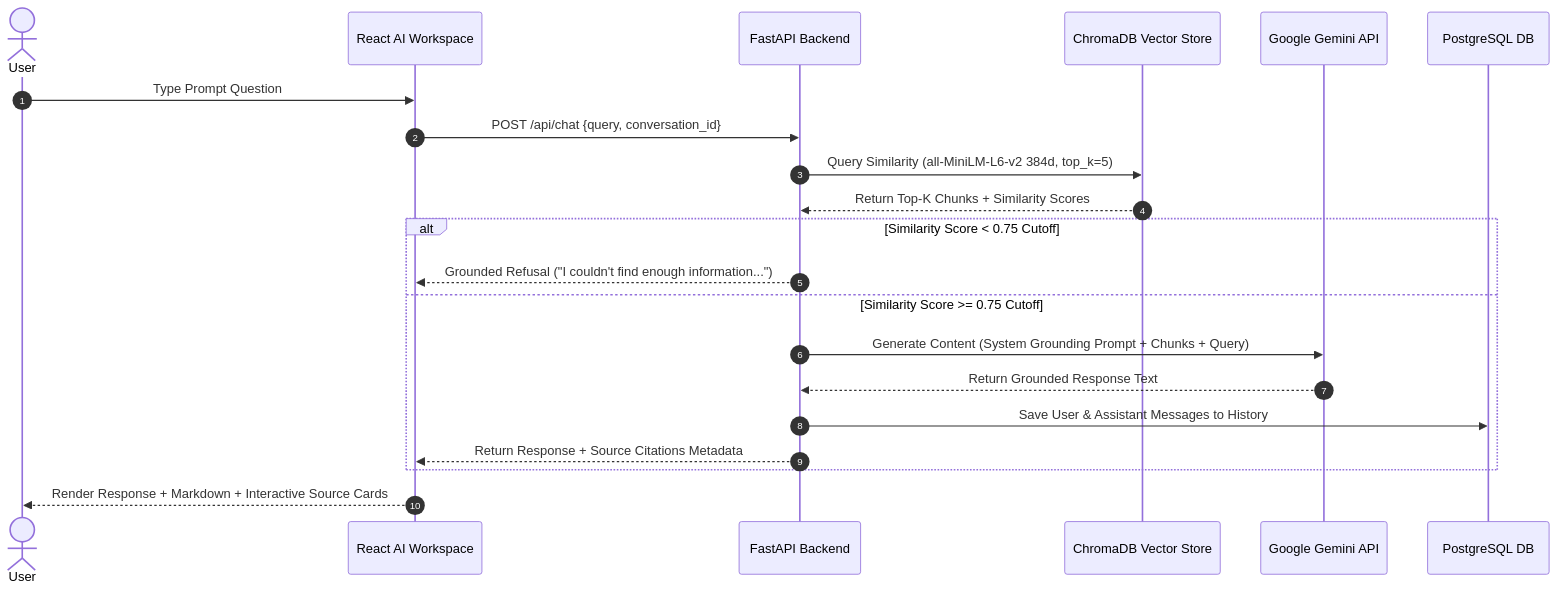
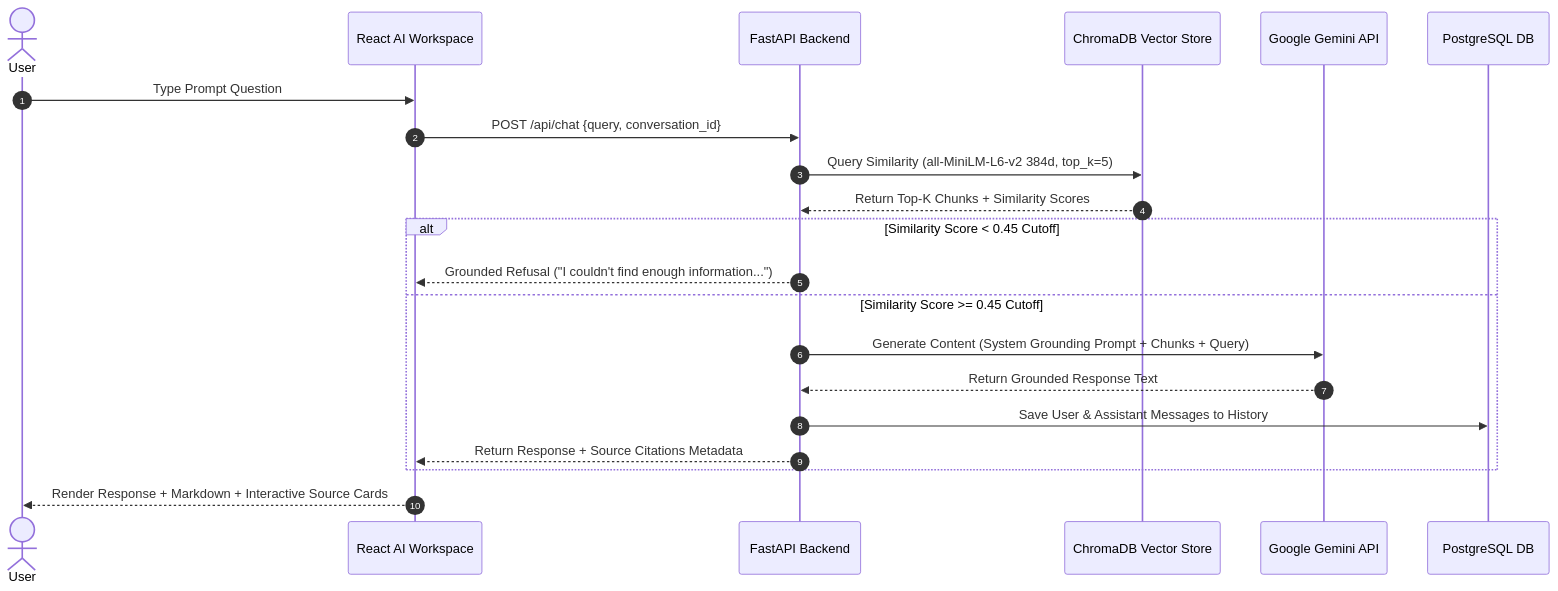
One commit to jadedarun/vaultonaut changed the second of 2 diagrams in ARCHITECTURE.md. Above: the diagram before and after it, drawn with Mermaid. The commit also changed 4 other files, not shown here.

````diff
--- a/ARCHITECTURE.md
+++ b/ARCHITECTURE.md
@@ -23,26 +23,26 @@
 ```mermaid
 sequenceDiagram
     autonumber
     actor User
     participant Frontend as React AI Workspace
     participant API as FastAPI Backend
     participant VectorDB as ChromaDB Vector Store
     participant Gemini as Google Gemini API
     participant DB as PostgreSQL DB
 
     User->>Frontend: Type Prompt Question
     Frontend->>API: POST /api/chat {query, conversation_id}
     API->>VectorDB: Query Similarity (all-MiniLM-L6-v2 384d, top_k=5)
     VectorDB-->>API: Return Top-K Chunks + Similarity Scores
     
-    alt Similarity Score < 0.75 Cutoff
+    alt Similarity Score < 0.45 Cutoff
         API-->>Frontend: Grounded Refusal ("I couldn't find enough information...")
-    else Similarity Score >= 0.75 Cutoff
+    else Similarity Score >= 0.45 Cutoff
         API->>Gemini: Generate Content (System Grounding Prompt + Chunks + Query)
         Gemini-->>API: Return Grounded Response Text
         API->>DB: Save User & Assistant Messages to History
         API-->>Frontend: Return Response + Source Citations Metadata
     end
 
     Frontend-->>User: Render Response + Markdown + Interactive Source Cards
 ```
````
